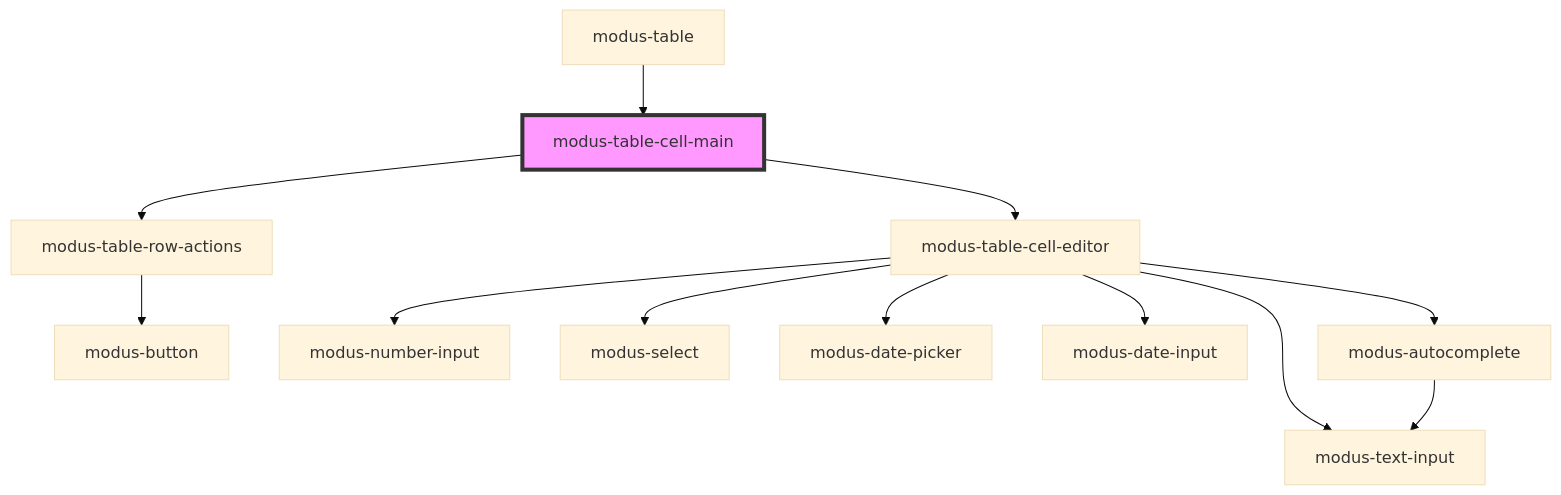
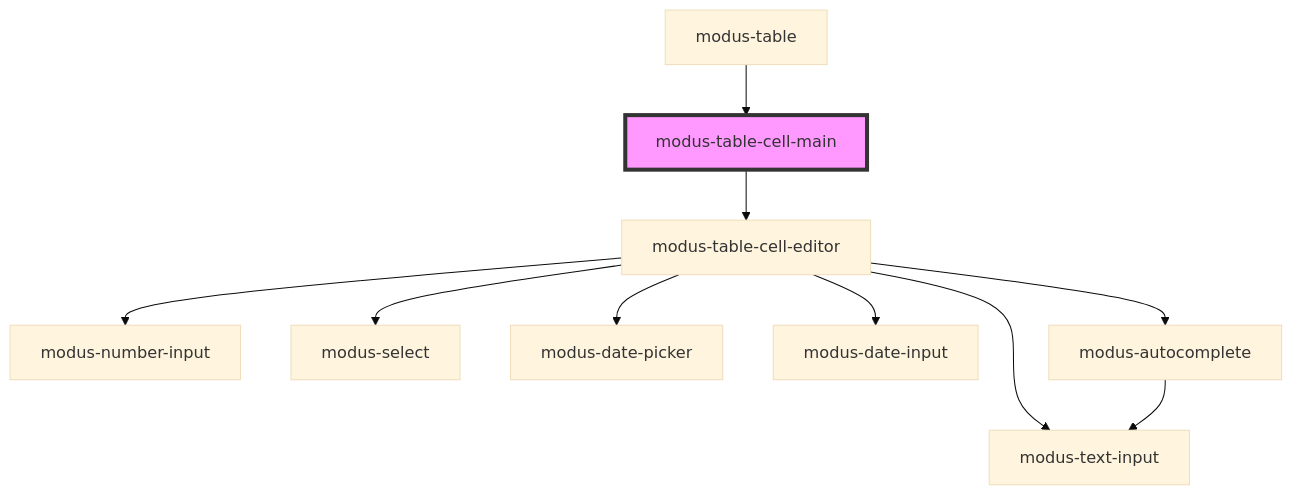
Before and after one commit to trimble-oss/modus-web-components: the diagram in stencil-workspace/src/components/modus-table/parts/cell/modus-table-cell-main/readme.md, drawn with Mermaid (base theme). The commit also changed other lines of this file and 15 other files, not shown here.

````diff
--- a/stencil-workspace/src/components/modus-table/parts/cell/modus-table-cell-main/readme.md
+++ b/stencil-workspace/src/components/modus-table/parts/cell/modus-table-cell-main/readme.md
@@ -30,15 +29,13 @@
 ```mermaid
 graph TD;
-  modus-table-cell-main --> modus-table-row-actions
   modus-table-cell-main --> modus-table-cell-editor
-  modus-table-row-actions --> modus-button
   modus-table-cell-editor --> modus-number-input
   modus-table-cell-editor --> modus-text-input
   modus-table-cell-editor --> modus-select
   modus-table-cell-editor --> modus-date-picker
   modus-table-cell-editor --> modus-date-input
   modus-table-cell-editor --> modus-autocomplete
   modus-autocomplete --> modus-text-input
   modus-table --> modus-table-cell-main
   style modus-table-cell-main fill:#f9f,stroke:#333,stroke-width:4px
 ```
````
